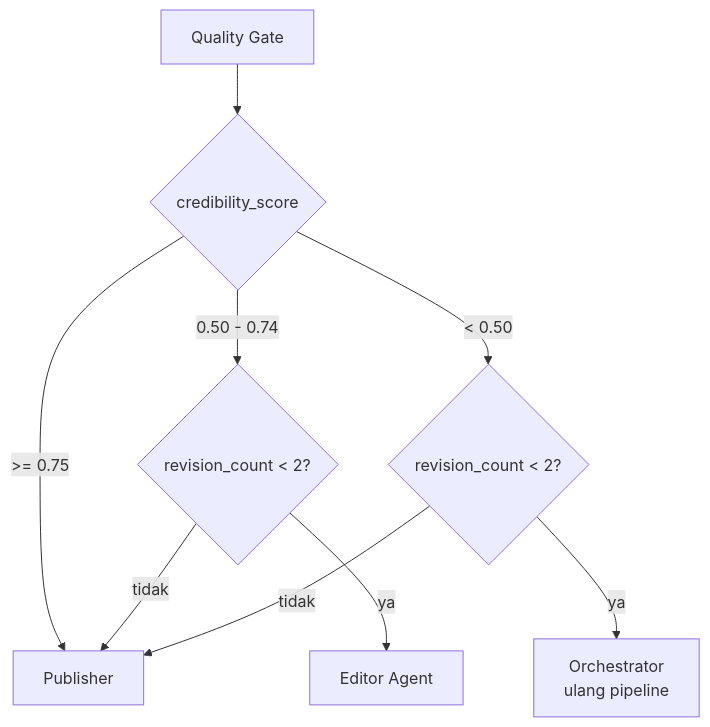
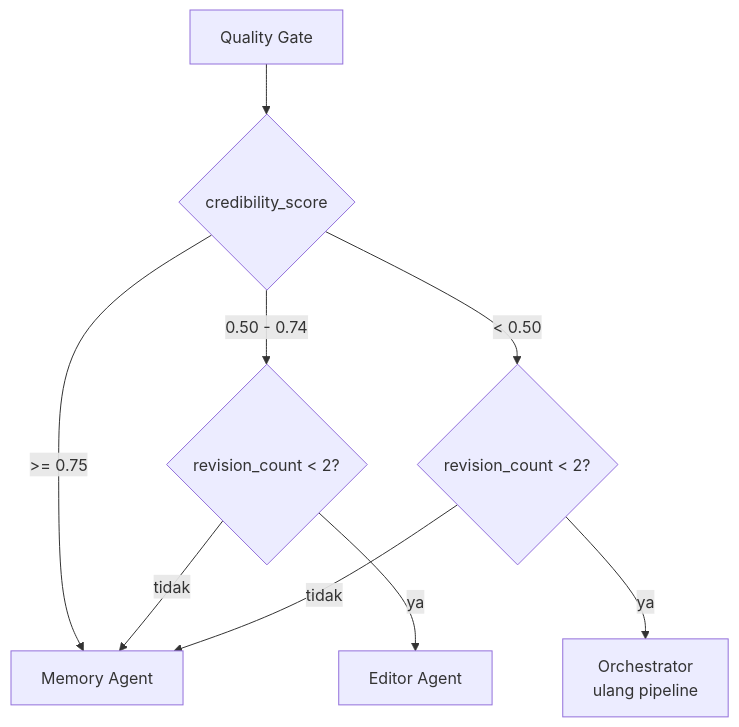
One commit to learn-debug/berita changed the third of 3 diagrams in docs/ARCHITECTURE.md. Above: the diagram before and after it, drawn with Mermaid. The commit also changed other lines of this file and 1 other file, not shown here.

First line of the commit message:
docs: sync architecture graph and changelog with actual LangGraph

````diff
--- a/docs/ARCHITECTURE.md
+++ b/docs/ARCHITECTURE.md
@@ -244,11 +252,11 @@
 ```mermaid
 flowchart TD
     QG[Quality Gate] --> Score{credibility_score}
-    Score -->|">= 0.75"| Pub[Publisher]
+    Score -->|">= 0.75"| Mem[Memory Agent]
     Score -->|"0.50 - 0.74"| Review{revision_count < 2?}
     Score -->|"< 0.50"| Full{revision_count < 2?}
     Review -->|ya| Editor[Editor Agent]
-    Review -->|tidak| Pub
+    Review -->|tidak| Mem
     Full -->|ya| Orchestrator[Orchestrator<br/>ulang pipeline]
-    Full -->|tidak| Pub
+    Full -->|tidak| Mem
 ```
````
